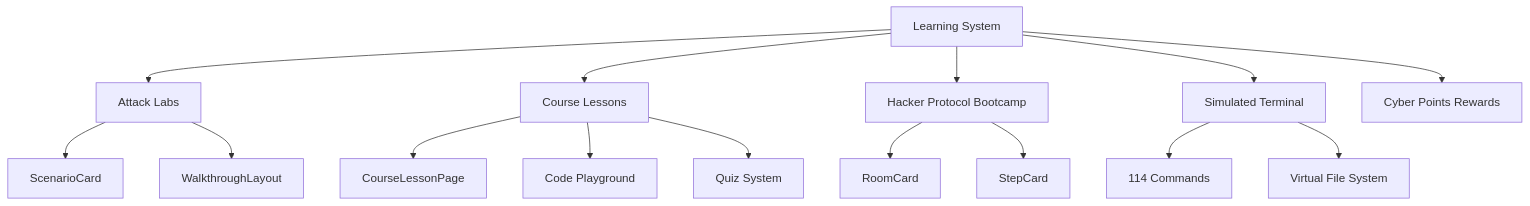
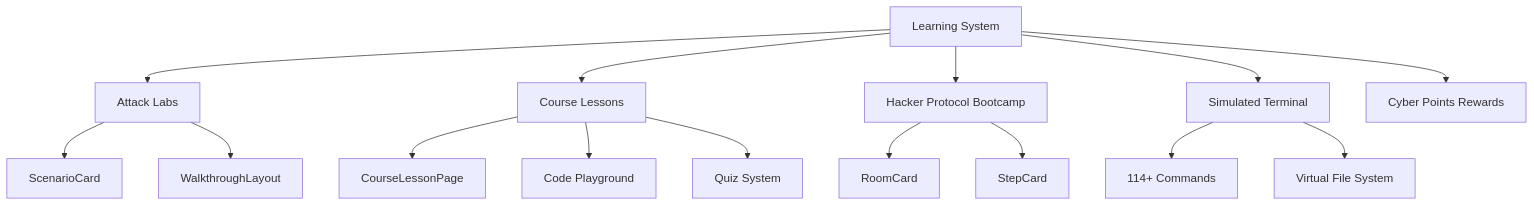
Before and after one commit to QYVORA/qyvora-frontend: the diagram in docs/LEARNING_SYSTEM.md, drawn with Mermaid. The commit also changed other lines of this file and 8 other files, not shown here.

````diff
--- a/docs/LEARNING_SYSTEM.md
+++ b/docs/LEARNING_SYSTEM.md
@@ -11,17 +11,17 @@
 ```mermaid
 graph TD
     A[Learning System] --> B[Attack Labs]
     A --> C[Course Lessons]
     A --> D[Hacker Protocol Bootcamp]
     A --> E[Simulated Terminal]
     B --> F[ScenarioCard]
     B --> G[WalkthroughLayout]
     C --> H[CourseLessonPage]
     C --> I[Code Playground]
     C --> J[Quiz System]
     D --> K[RoomCard]
     D --> L[StepCard]
-    E --> M[114 Commands]
+    E --> M[114+ Commands]
     E --> N[Virtual File System]
     A --> O[Cyber Points Rewards]
 ```
````
